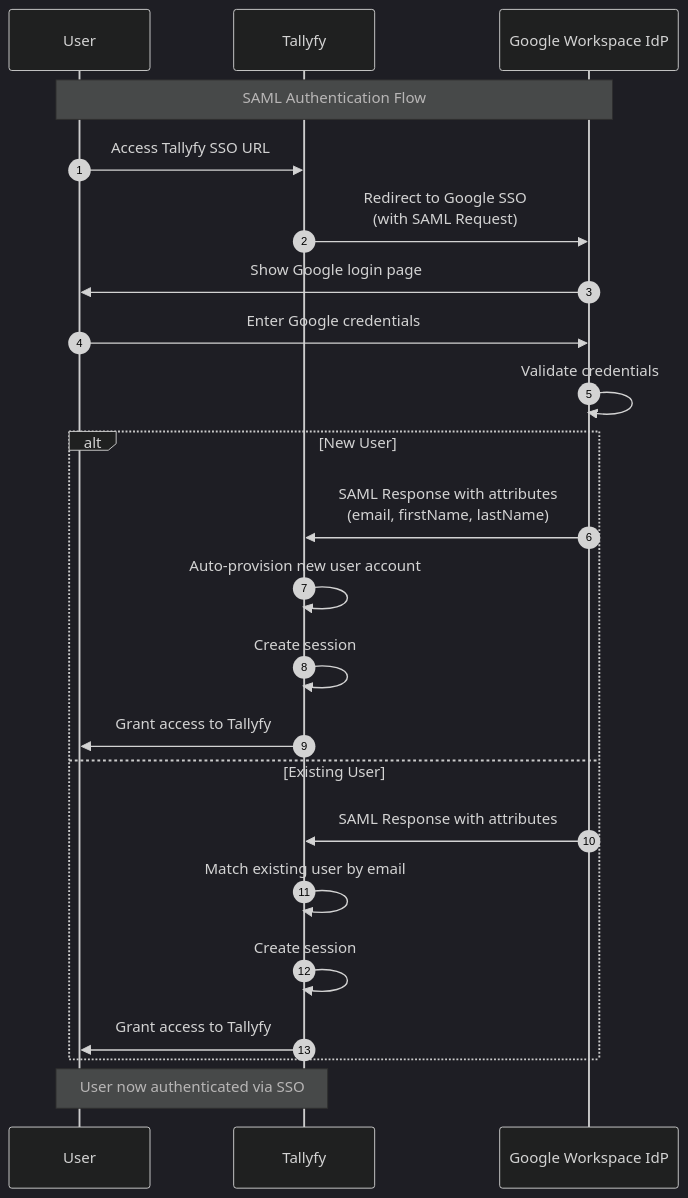
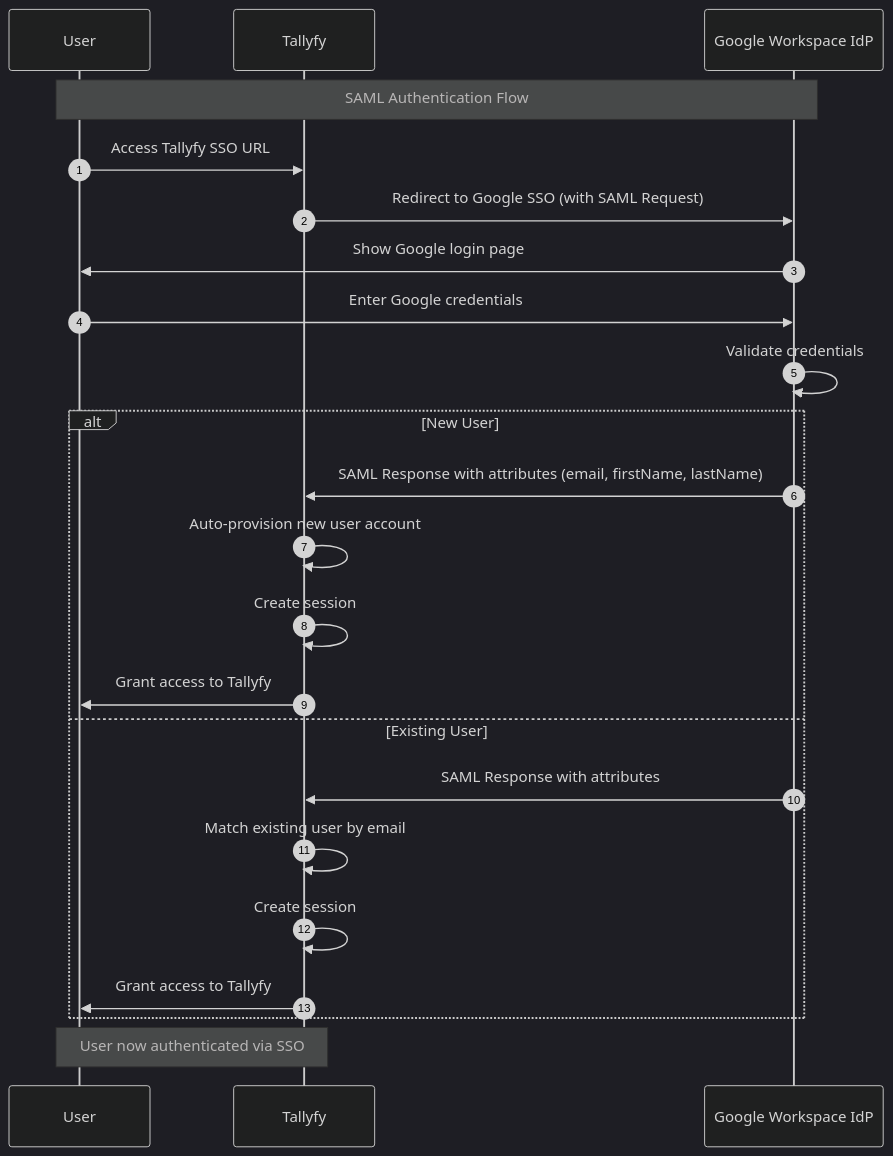
The diagram in src/content/docs/pro/integrations/authentication/how-to-integrate-google-suite-samlsso-with-tallyfy.mdx (tallyfy/documentation), drawn with Mermaid (dark theme) before and after one commit. The commit also changed 46 other files, not shown here.

Commit message:
Update Mermaid notation

````diff
--- a/src/content/docs/pro/integrations/authentication/how-to-integrate-google-suite-samlsso-with-tallyfy.mdx
+++ b/src/content/docs/pro/integrations/authentication/how-to-integrate-google-suite-samlsso-with-tallyfy.mdx
@@ -139,29 +139,29 @@
 ```mermaid
 sequenceDiagram
-    autonumber
-    participant U as User
-    participant T as Tallyfy
-    participant G as Google Workspace IdP
-    
-    Note over U,G: SAML Authentication Flow
-    
-    U->>T: Access Tallyfy SSO URL
-    T->>G: Redirect to Google SSO<br/>(with SAML Request)
-    G->>U: Show Google login page
-    U->>G: Enter Google credentials
-    G->>G: Validate credentials
-    
-    alt New User
-        G->>T: SAML Response with attributes<br/>(email, firstName, lastName)
-        T->>T: Auto-provision new user account
-        T->>T: Create session
-        T->>U: Grant access to Tallyfy
-    else Existing User  
-        G->>T: SAML Response with attributes
-        T->>T: Match existing user by email
-        T->>T: Create session
-        T->>U: Grant access to Tallyfy
-    end
-    
-    Note over U,T: User now authenticated via SSO
+ autonumber
+ participant U as User
+ participant T as Tallyfy
+ participant G as Google Workspace IdP
+ 
+ Note over U,G: SAML Authentication Flow
+ 
+ U->>T: Access Tallyfy SSO URL
+ T->>G: Redirect to Google SSO (with SAML Request)
+ G->>U: Show Google login page
+ U->>G: Enter Google credentials
+ G->>G: Validate credentials
+ 
+ alt New User
+ G->>T: SAML Response with attributes (email, firstName, lastName)
+ T->>T: Auto-provision new user account
+ T->>T: Create session
+ T->>U: Grant access to Tallyfy
+ else Existing User 
+ G->>T: SAML Response with attributes
+ T->>T: Match existing user by email
+ T->>T: Create session
+ T->>U: Grant access to Tallyfy
+ end
+ 
+ Note over U,T: User now authenticated via SSO
 ```
````
